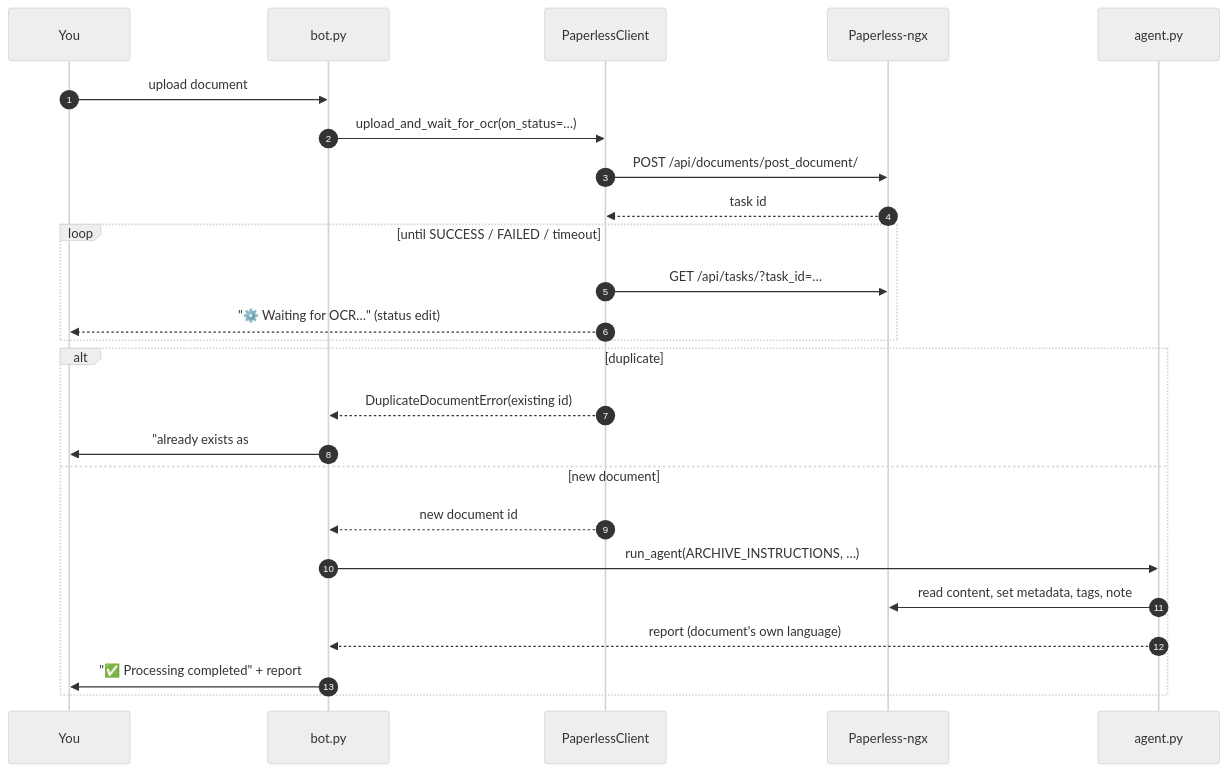
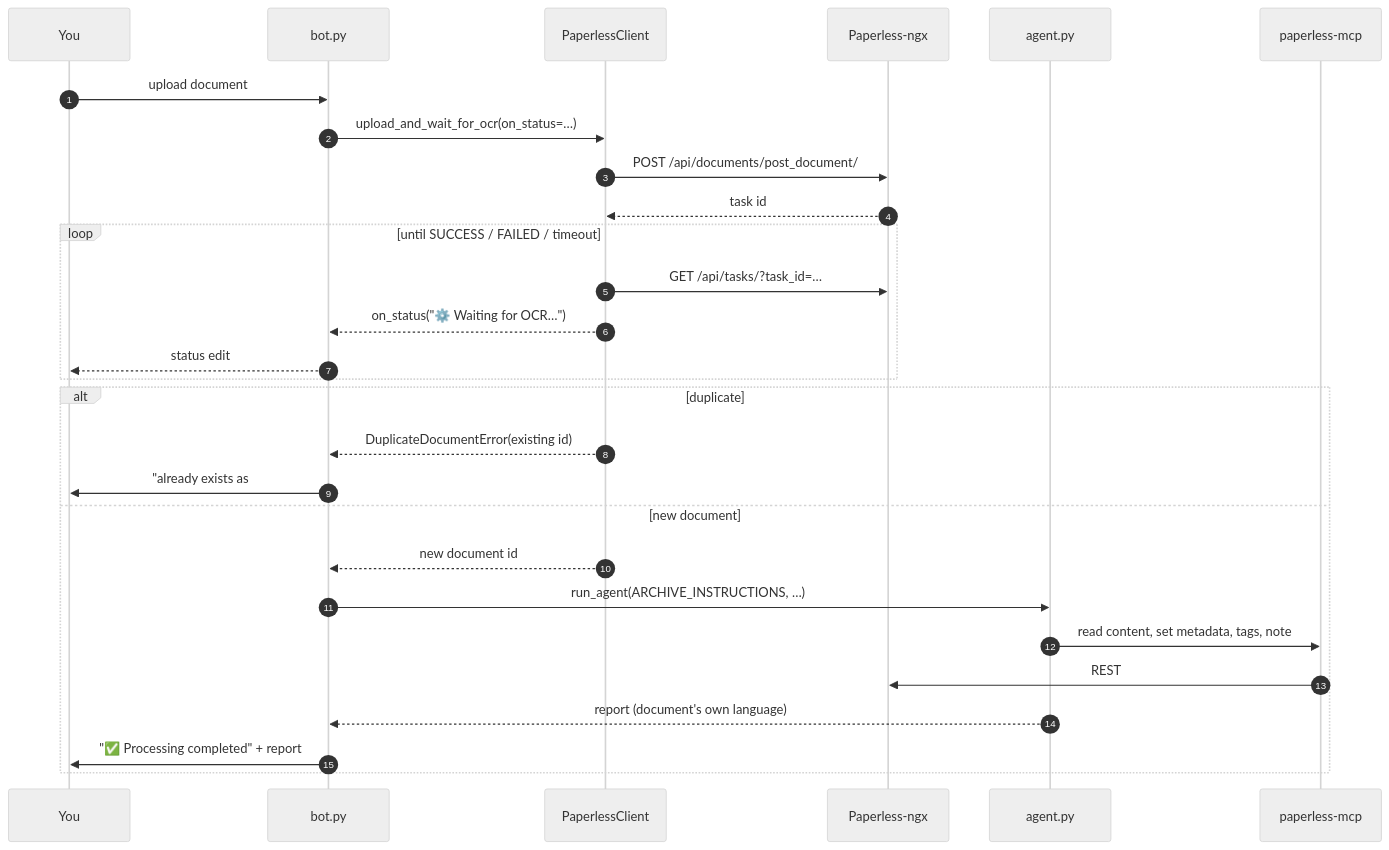
One commit to rabestro/paperless-genie changed the third of 3 diagrams in docs/architecture.md. Above: the diagram before and after it, drawn with Mermaid (neutral theme).

Commit message:
docs: fix flow accuracy in the archiving sequence diagram
Review on #65 (both correct): the archiving sequence diagram
contradicted the rest of the page.
- Status updates were drawn PaperlessClient → You directly, but
  paperless.py has no Telegram dependency; they go through the
  on_status callback into bot.py, which does the edit. Now:
  C -->> B: on_status(...), then B -->> U: status edit.
- Agent enrichment was drawn agent.py → Paperless-ngx directly, but
  the agent only reaches Paperless through the MCP server (as the
  search diagram and the flowchart already show). Added the
  paperless-mcp participant: A ->> M, then M ->> P.

Re-rendered in a browser to confirm the diagram still draws.

````diff
--- a/docs/architecture.md
+++ b/docs/architecture.md
@@ -74,28 +74,31 @@
 ```mermaid
 sequenceDiagram
     autonumber
     participant U as You
     participant B as bot.py
     participant C as PaperlessClient
     participant P as Paperless-ngx
     participant A as agent.py
+    participant M as paperless-mcp
 
     U->>B: upload document
     B->>C: upload_and_wait_for_ocr(on_status=…)
     C->>P: POST /api/documents/post_document/
     P-->>C: task id
     loop until SUCCESS / FAILED / timeout
         C->>P: GET /api/tasks/?task_id=…
-        C-->>U: "⚙️ Waiting for OCR…" (status edit)
+        C-->>B: on_status("⚙️ Waiting for OCR…")
+        B-->>U: status edit
     end
     alt duplicate
         C-->>B: DuplicateDocumentError(existing id)
         B->>U: "already exists as #N" + button
     else new document
         C-->>B: new document id
         B->>A: run_agent(ARCHIVE_INSTRUCTIONS, …)
-        A->>P: read content, set metadata, tags, note
+        A->>M: read content, set metadata, tags, note
+        M->>P: REST
         A-->>B: report (document's own language)
         B->>U: "✅ Processing completed" + report
     end
 ```
````
